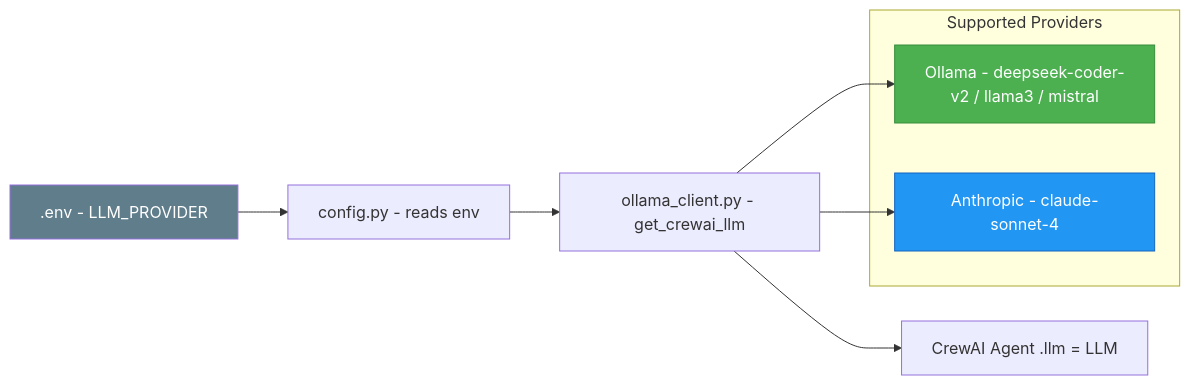
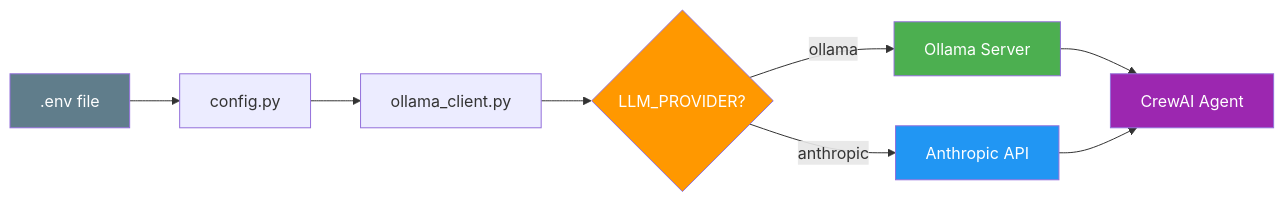
Before and after one commit to soumyachk101/IdeaForge: the tenth of 10 diagrams in README.md, drawn with Mermaid. The commit also changed other lines of this file, not shown here.

First line of the commit message:
Add comprehensive Mermaid diagrams - workflow, state machine, class diagram, and more

````diff
--- a/README.md
+++ b/README.md
@@ -389,18 +517,16 @@
 ```mermaid
-flowchart LR
-    ENV[".env - LLM_PROVIDER"] --> CONFIG["config.py - reads env"]
-    CONFIG --> CLIENT["ollama_client.py - get_crewai_llm"]
-    CLIENT --> AGENT["CrewAI Agent .llm = LLM"]
-
-    subgraph PROVIDERS["Supported Providers"]
-        O["Ollama - deepseek-coder-v2 / llama3 / mistral"]
-        A["Anthropic - claude-sonnet-4"]
-    end
-
-    CLIENT --> O
-    CLIENT --> A
+graph LR
+    ENV[".env file"] --> CONFIG["config.py"]
+    CONFIG --> CLIENT["ollama_client.py"]
+    CLIENT --> CHECK{"LLM_PROVIDER?"}
+    CHECK -->|ollama| O["Ollama Server"]
+    CHECK -->|anthropic| A["Anthropic API"]
+    O --> AGENT["CrewAI Agent"]
+    A --> AGENT
 
     style ENV fill:#607D8B,color:#fff
-    style O fill:#4CAF50,stroke:#388E3C,color:#fff
-    style A fill:#2196F3,stroke:#1565C0,color:#fff
+    style CHECK fill:#FF9800,color:#fff
+    style O fill:#4CAF50,color:#fff
+    style A fill:#2196F3,color:#fff
+    style AGENT fill:#9C27B0,color:#fff
 ```
````
